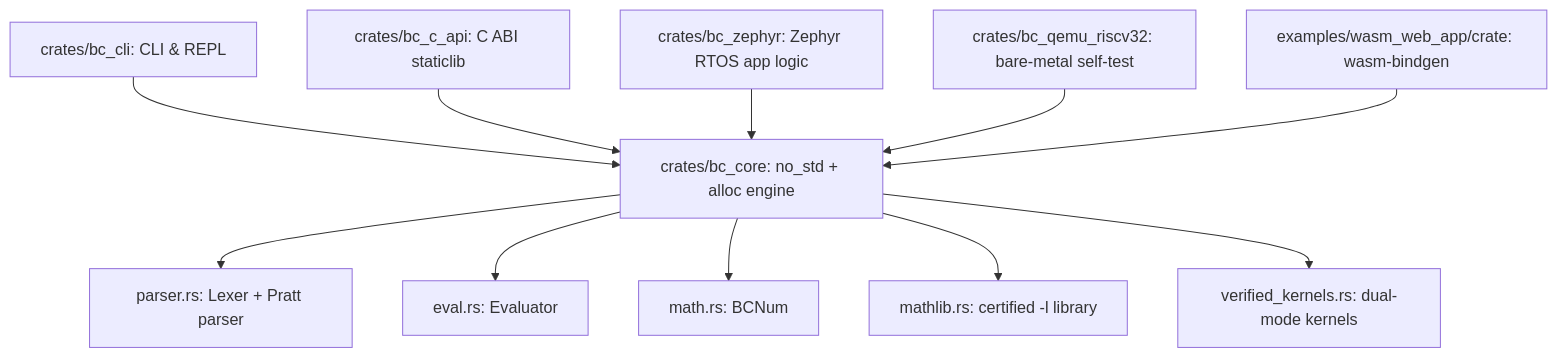
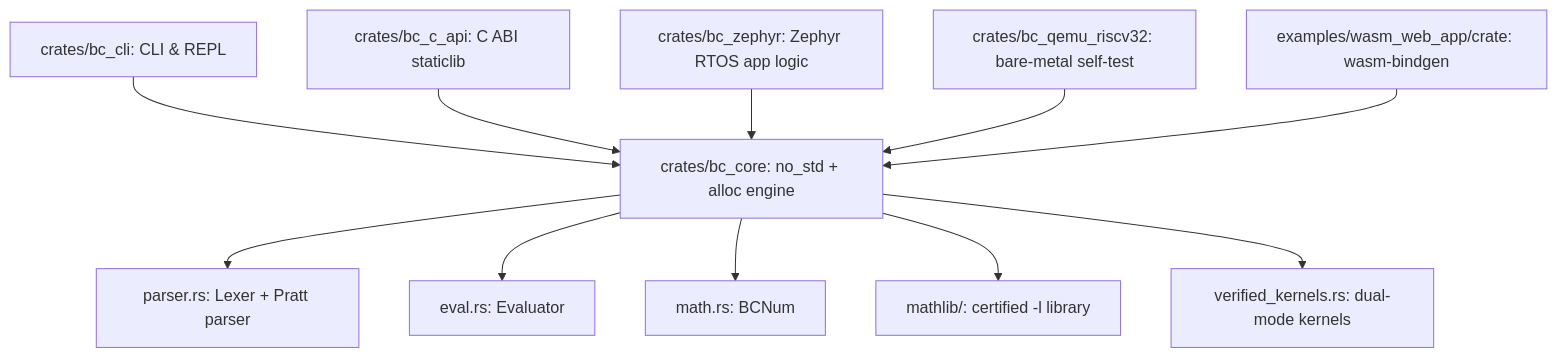
One commit to takayuki-nagata/bc_clone_rs changed the diagram in AGENTS.md. Above: the diagram before and after it, drawn with Mermaid. The commit also changed other lines of this file and 15 other files, not shown here.

First line of the commit message:
refactor(core): split mathlib.rs into a module per function

````diff
--- a/AGENTS.md
+++ b/AGENTS.md
@@ -29,13 +29,13 @@
 ```mermaid
 graph TD
     CLI[crates/bc_cli: CLI & REPL] --> Core[crates/bc_core: no_std + alloc engine]
     CAPI[crates/bc_c_api: C ABI staticlib] --> Core
     Zephyr[crates/bc_zephyr: Zephyr RTOS app logic] --> Core
     QEMU[crates/bc_qemu_riscv32: bare-metal self-test] --> Core
     Wasm[examples/wasm_web_app/crate: wasm-bindgen] --> Core
     Core --> Parser[parser.rs: Lexer + Pratt parser]
     Core --> Eval[eval.rs: Evaluator]
     Core --> Math[math.rs: BCNum]
-    Core --> MathLib[mathlib.rs: certified -l library]
+    Core --> MathLib[mathlib/: certified -l library]
     Core --> Kernels[verified_kernels.rs: dual-mode kernels]
 ```
````
